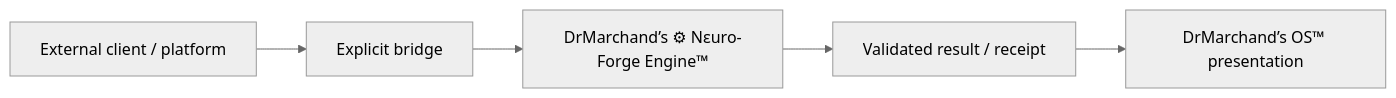
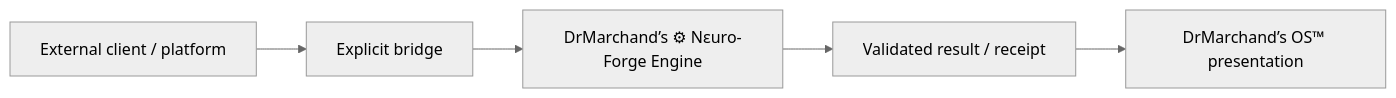
One commit to DrMarchand-Library/api changed the diagram in README.md. Above: the diagram before and after it, drawn with Mermaid (neutral theme). The commit also changed other lines of this file, not shown here.

Commit message:
Remove trademark symbol from Engine name

````diff
--- a/README.md
+++ b/README.md
@@ -46,7 +46,7 @@
 ```mermaid
 flowchart LR
     CLIENT[External client / platform] --> BRIDGE[Explicit bridge]
-    BRIDGE --> ENG[DrMarchand’s ⚙︎ Nɛuro-Forge Engine™]
+    BRIDGE --> ENG[DrMarchand’s ⚙︎ Nɛuro-Forge Engine]
     ENG --> RECEIPT[Validated result / receipt]
     RECEIPT --> OS[DrMarchand’s OS™ presentation]
 ```
````
